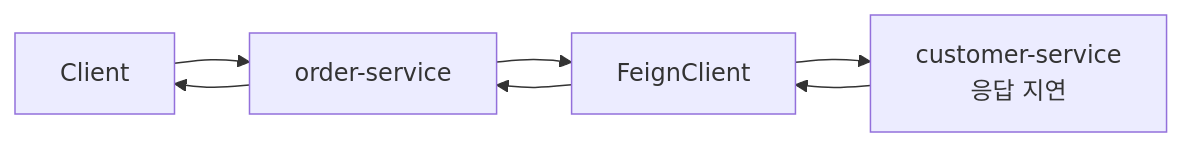
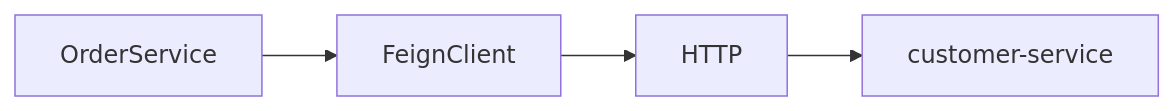
The second of 5 diagrams in _posts/2026-08-13-spring-cloud-openfeign.md (jw3418/jw3418.github.io), drawn with Mermaid before and after one commit. The commit also changed other lines of this file, not shown here.

First line of the commit message:
Improve clarity and consistency in FeignClient documentation

````diff
--- a/_posts/2026-08-13-spring-cloud-openfeign.md
+++ b/_posts/2026-08-13-spring-cloud-openfeign.md
@@ -259,9 +211,6 @@
 ```mermaid
 flowchart LR
-    A["Client"] --> B["order-service"]
-    B --> C["FeignClient"]
-    C --> D["customer-service<br/>응답 지연"]
-    D --> C
-    C --> B
-    B --> A
+    A["OrderService"] --> B["FeignClient"]
+    B --> C["HTTP"]
+    C --> D["customer-service"]
 ```
````
